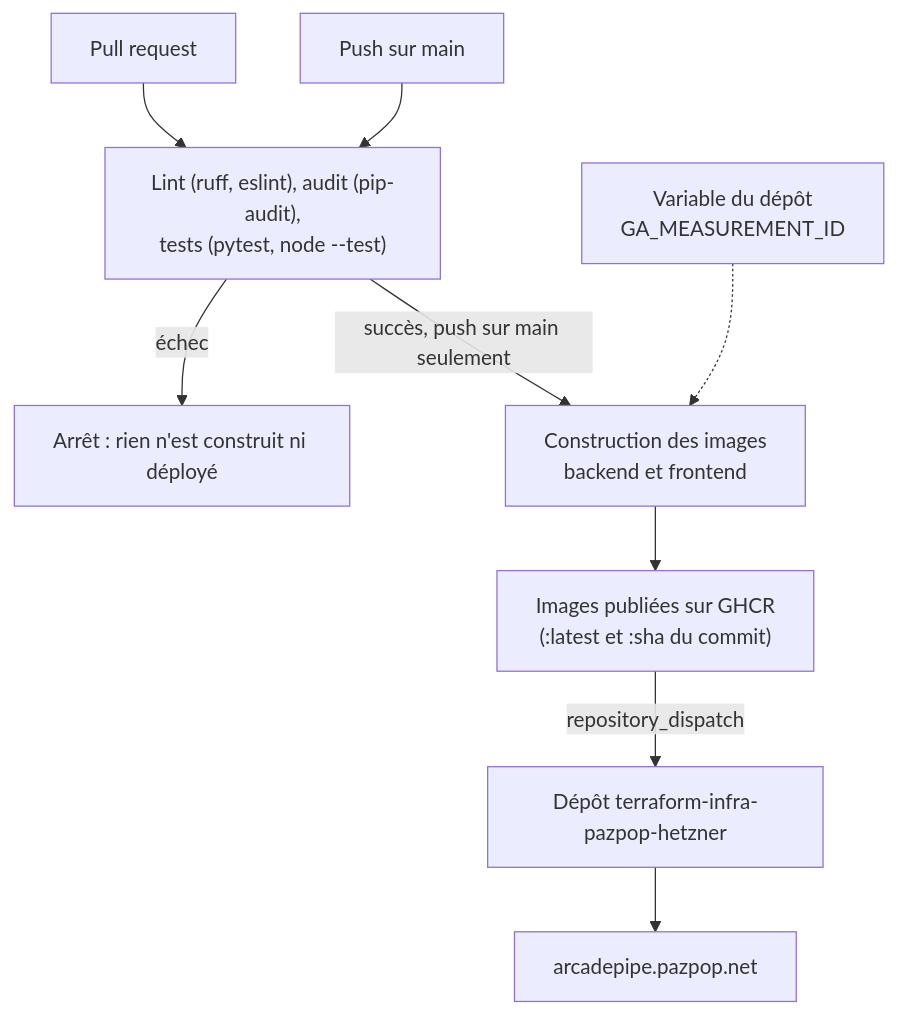
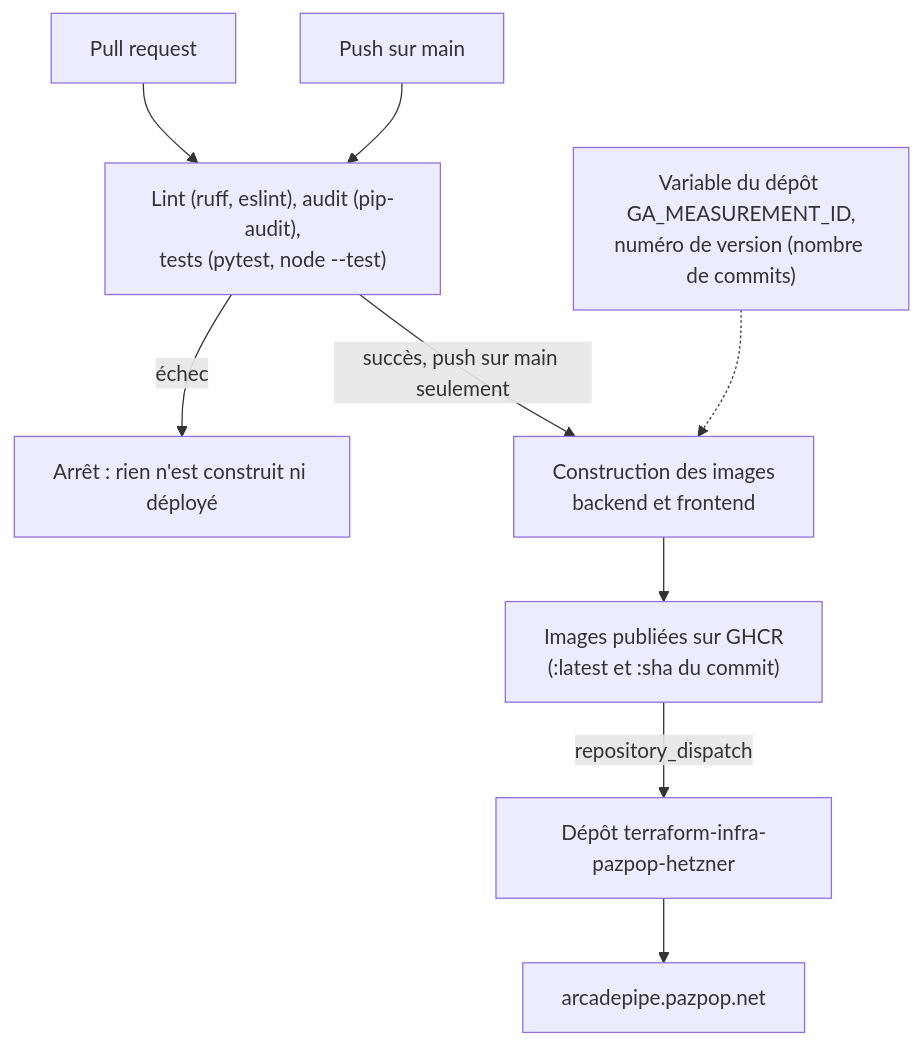
Before and after one commit to pazpop/arcadepipe: the diagram in docs/deploiement.md, drawn with Mermaid. The commit also changed 25 other files, not shown here.

````diff
--- a/docs/deploiement.md
+++ b/docs/deploiement.md
@@ -28,12 +28,12 @@
 ```mermaid
 flowchart TD
     PR["Pull request"] --> checks
     push["Push sur main"] --> checks
     checks["Lint (ruff, eslint), audit (pip-audit),<br/>tests (pytest, node --test)"]
     checks -->|échec| stop["Arrêt : rien n'est construit ni déployé"]
     checks -->|"succès, push sur main seulement"| build["Construction des images<br/>backend et frontend"]
-    vars["Variable du dépôt<br/>GA_MEASUREMENT_ID"] -.-> build
+    vars["Variable du dépôt GA_MEASUREMENT_ID,<br/>numéro de version (nombre de commits)"] -.-> build
     build --> ghcr["Images publiées sur GHCR<br/>(:latest et :sha du commit)"]
     ghcr -->|repository_dispatch| infra["Dépôt terraform-infra-pazpop-hetzner"]
     infra --> prod["arcadepipe.pazpop.net"]
 ```
````
